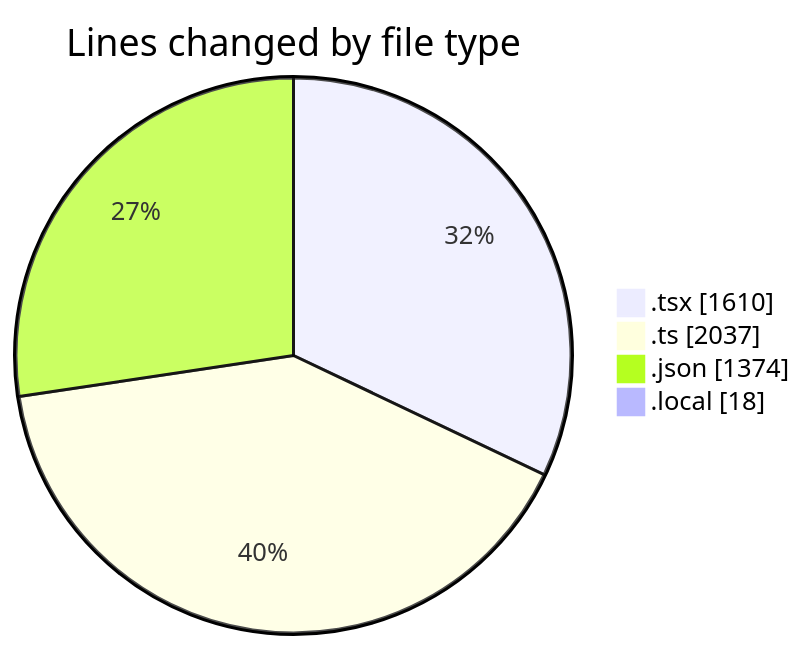
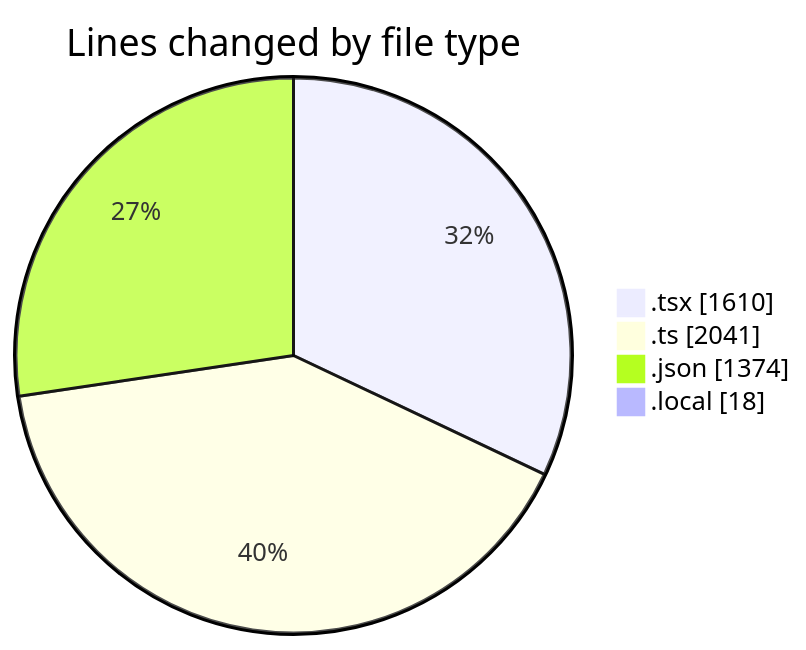
The first of 2 diagrams in 2025-10-16/eventscop-frontend-guide__workspace_/README.md (julien-gomy/code-tracking), drawn with Mermaid before and after one commit. The commit also changed other lines of this file and 1 other file, not shown here.

````diff
--- a/2025-10-16/eventscop-frontend-guide__workspace_/README.md
+++ b/2025-10-16/eventscop-frontend-guide__workspace_/README.md
@@ -47,8 +47,8 @@
 ```mermaid
 pie showData
 title Lines changed by file type
 ".tsx" : 1610
-".ts" : 2037
+".ts" : 2041
 ".json" : 1374
 ".local" : 18
 ```
````
